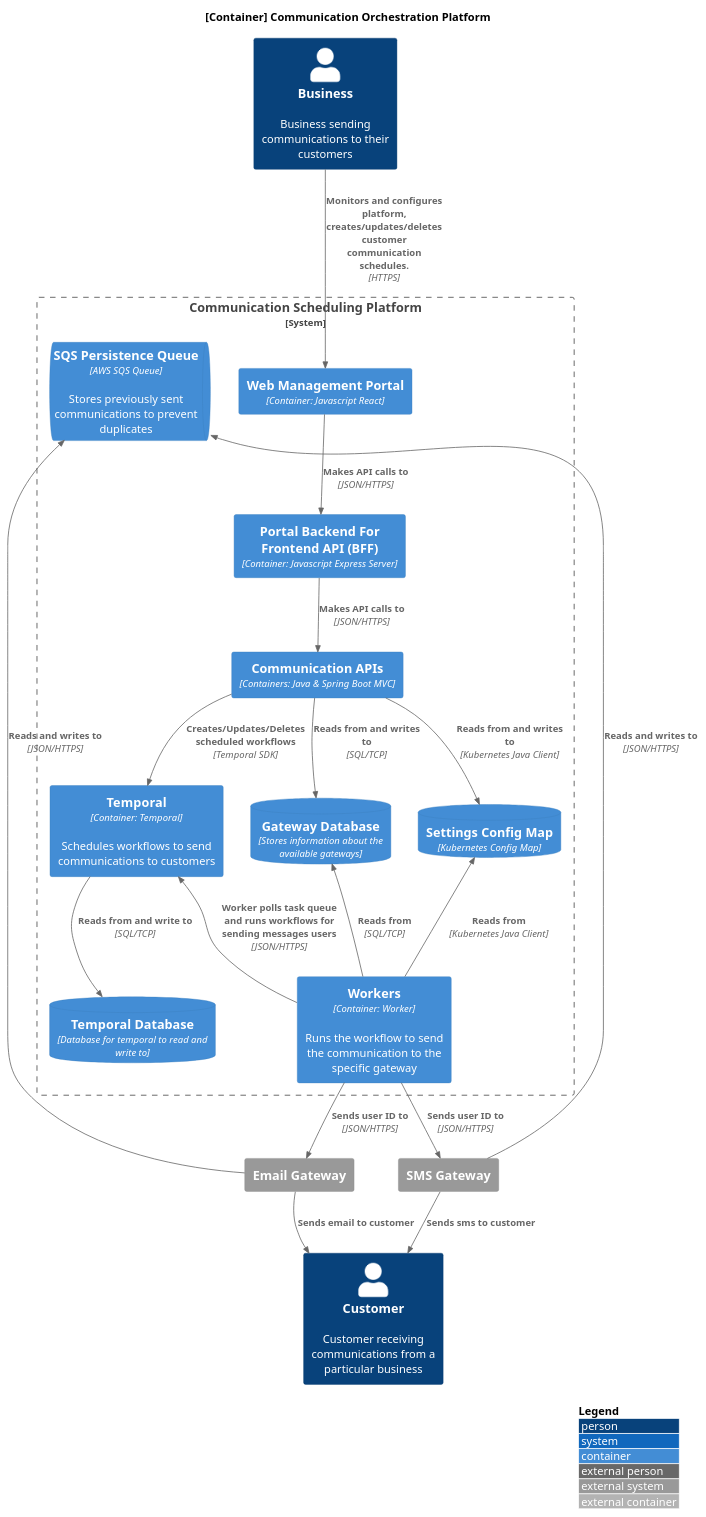
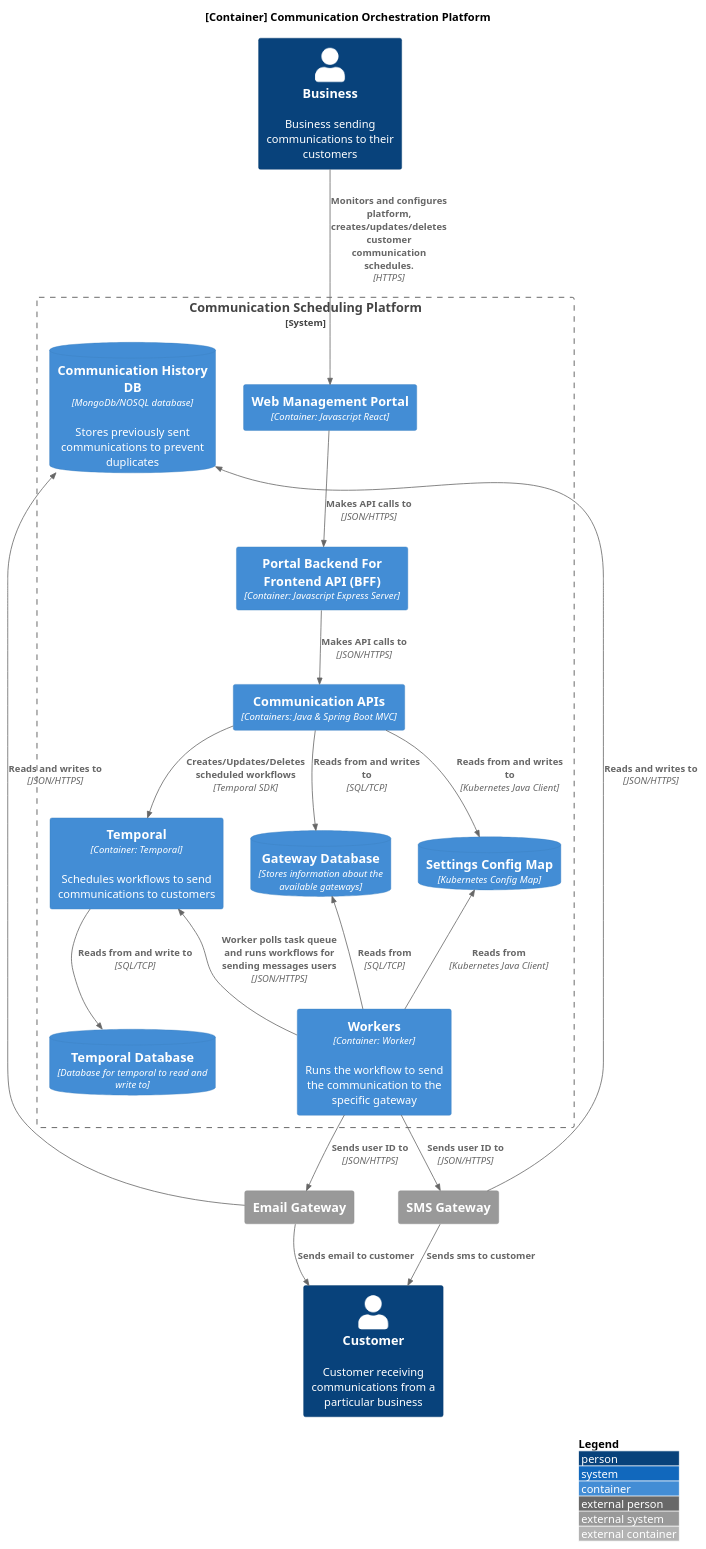
Before and after one commit to CameronWard301/communication_scheduler: the diagram in Designs/System Context/SystemContainerDiagram.puml, drawn with PlantUML. The commit also changed 5 other files, not shown here.

```diff
--- a/Designs/System Context/SystemContainerDiagram.puml
+++ b/Designs/System Context/SystemContainerDiagram.puml
@@ -1,46 +1,46 @@
 @startuml SystemContainerDiagram
 !include https://raw.githubusercontent.com/plantuml-stdlib/C4-PlantUML/master/C4_Container.puml
 
 LAYOUT_WITH_LEGEND()
 
 title [Container] Communication Orchestration Platform
 
 Person(customer, "Customer", "Customer receiving communications from a particular business")
 Person(business, "Business", "Business sending communications to their customers")
 
 System_Boundary(system, "Communication Scheduling Platform") {
     Container(temporal, "Temporal", "Container: Temporal", "Schedules workflows to send communications to customers")
     ContainerDb(gatewayDB, "Gateway Database", "Stores information about the available gateways")
     ContainerDb(temporalDB, "Temporal Database", "Database for temporal to read and write to")
     Container(platformAPI, "Communication APIs", "Containers: Java & Spring Boot MVC")
     Container(webBFF, "Portal Backend For Frontend API (BFF)", "Container: Javascript Express Server")
     Container(webPortal, "Web Management Portal", "Container: Javascript React")
     ContainerDb(settings, "Settings Config Map", "Kubernetes Config Map")
     Container(workers, "Workers", "Container: Worker", "Runs the workflow to send the communication to the specific gateway")
-    ContainerQueue(queue, "SQS Persistence Queue", "AWS SQS Queue", "Stores previously sent communications to prevent duplicates")
+    ContainerDb(queue, "Communication History DB", "MongoDb/NOSQL database", "Stores previously sent communications to prevent duplicates")
 }
 
 
 System_Ext(email_gateway, "Email Gateway")
 System_Ext(sms_gateway, "SMS Gateway")
 
 Rel(business, webPortal, "Monitors and configures platform, creates/updates/deletes customer communication schedules.", "HTTPS")
 Rel(webPortal, webBFF, "Makes API calls to", "JSON/HTTPS")
 Rel(webBFF, platformAPI, "Makes API calls to", "JSON/HTTPS")
 Rel(platformAPI, gatewayDB, "Reads from and writes to", "SQL/TCP")
 Rel(platformAPI, settings, "Reads from and writes to", "Kubernetes Java Client")
 Rel(platformAPI, temporal, "Creates/Updates/Deletes scheduled workflows", "Temporal SDK")
 Rel(temporal, temporalDB, "Reads from and write to", "SQL/TCP")
 Rel_Up(workers, temporal, "Worker polls task queue and runs workflows for sending messages users", "JSON/HTTPS")
 Rel_Up(workers, gatewayDB, "Reads from", "SQL/TCP")
 Rel_Up(workers, settings, "Reads from", "Kubernetes Java Client")
 Rel_Down(workers, email_gateway, "Sends user ID to", "JSON/HTTPS")
 Rel_Down(workers, sms_gateway, "Sends user ID to", "JSON/HTTPS")
 
 Rel_Down(email_gateway, queue, "Reads and writes to", "JSON/HTTPS")
 Rel_Down(sms_gateway, queue, "Reads and writes to", "JSON/HTTPS")
 
 Rel_Down(email_gateway, customer, "Sends email to customer")
 Rel_Down(sms_gateway, customer, "Sends sms to customer")
 
 @enduml
```
